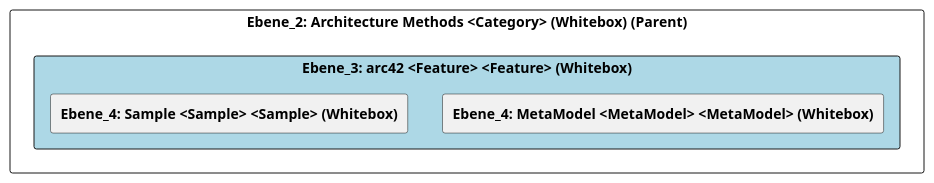
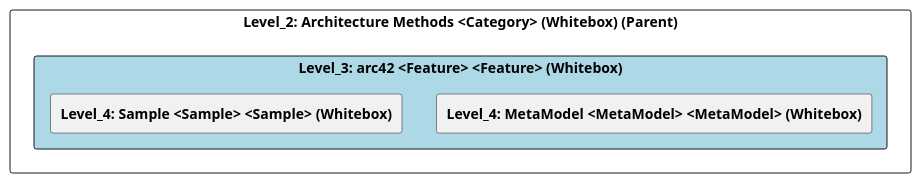
The diagram in doc/cleonproject_deliverables_architecture_model_architecture/adoc/de/05_bausteinsicht/cleon/architecture_methods/arc42/ebene_3_arc42.adoc (marcozwyssig/cleon), drawn with PlantUML before and after one commit. The commit also changed other lines of this file and 83 other files, not shown here.

```diff
--- a/doc/cleonproject_deliverables_architecture_model_architecture/adoc/de/05_bausteinsicht/cleon/architecture_methods/arc42/ebene_3_arc42.adoc
+++ b/doc/cleonproject_deliverables_architecture_model_architecture/adoc/de/05_bausteinsicht/cleon/architecture_methods/arc42/ebene_3_arc42.adoc
@@ -20,25 +20,25 @@
-[plantuml, Ebene_3: arc42 <Feature> <Feature> (Whitebox)BlockOverview, format="svg"]
+[plantuml, Level_3: arc42 <Feature> <Feature> (Whitebox)BlockOverview, format="svg"]
 ----
-@startuml Ebene_3: arc42 <Feature> <Feature> (Whitebox)BuildingBlockOverview
+@startuml Level_3: arc42 <Feature> <Feature> (Whitebox)BuildingBlockOverview
 
 skinparam ranksep 10
 skinparam componentStyle rectangle
 skinparam shadowing false
 skinparam arrowColor lightblue
 skinparam arrowThickness 1.2
 skinparam rectangle {
   BackgroundColor White
   BorderColor #333
   RoundCorner 10
 }
 top to bottom direction
 
-component "Ebene_2: Architecture Methods <Category> (Whitebox) (Parent)" {
-    component "Ebene_3: arc42 <Feature> <Feature> (Whitebox)" #lightblue {
-        [**Ebene_4: MetaModel <MetaModel> <MetaModel> (Whitebox)**] as 4A57056E_D579_11EE_903E_9F564E4DE07E
-        [**Ebene_4: Sample <Sample> <Sample> (Whitebox)**] as 4A56DE47_D579_11EE_903E_9F564E4DE07E
+component "Level_2: Architecture Methods <Category> (Whitebox) (Parent)" {
+    component "Level_3: arc42 <Feature> <Feature> (Whitebox)" #lightblue {
+        [**Level_4: MetaModel <MetaModel> <MetaModel> (Whitebox)**] as 4A57056E_D579_11EE_903E_9F564E4DE07E
+        [**Level_4: Sample <Sample> <Sample> (Whitebox)**] as 4A56DE47_D579_11EE_903E_9F564E4DE07E
     }
 }
 
 @enduml
 ----
```
